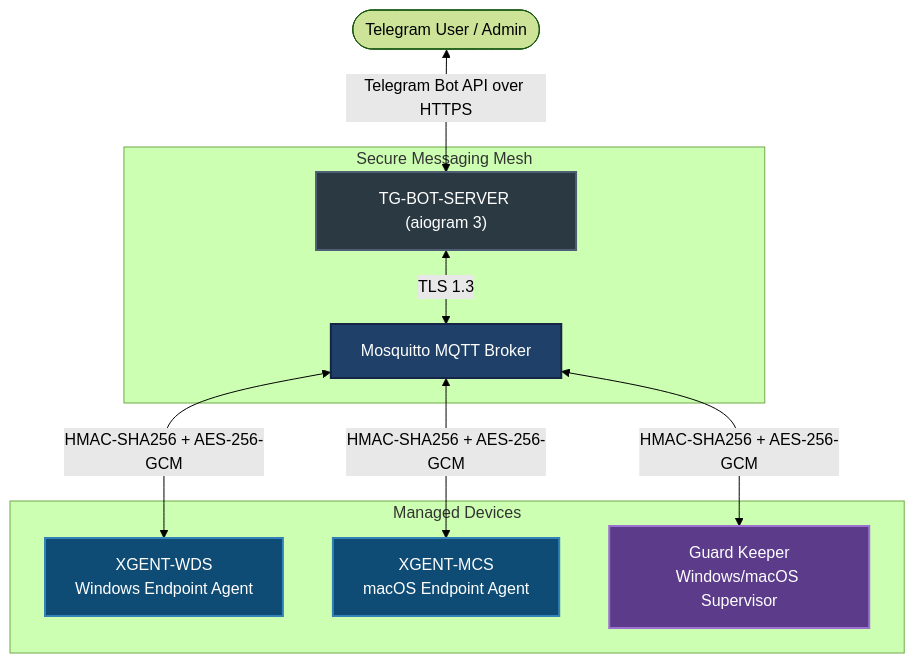
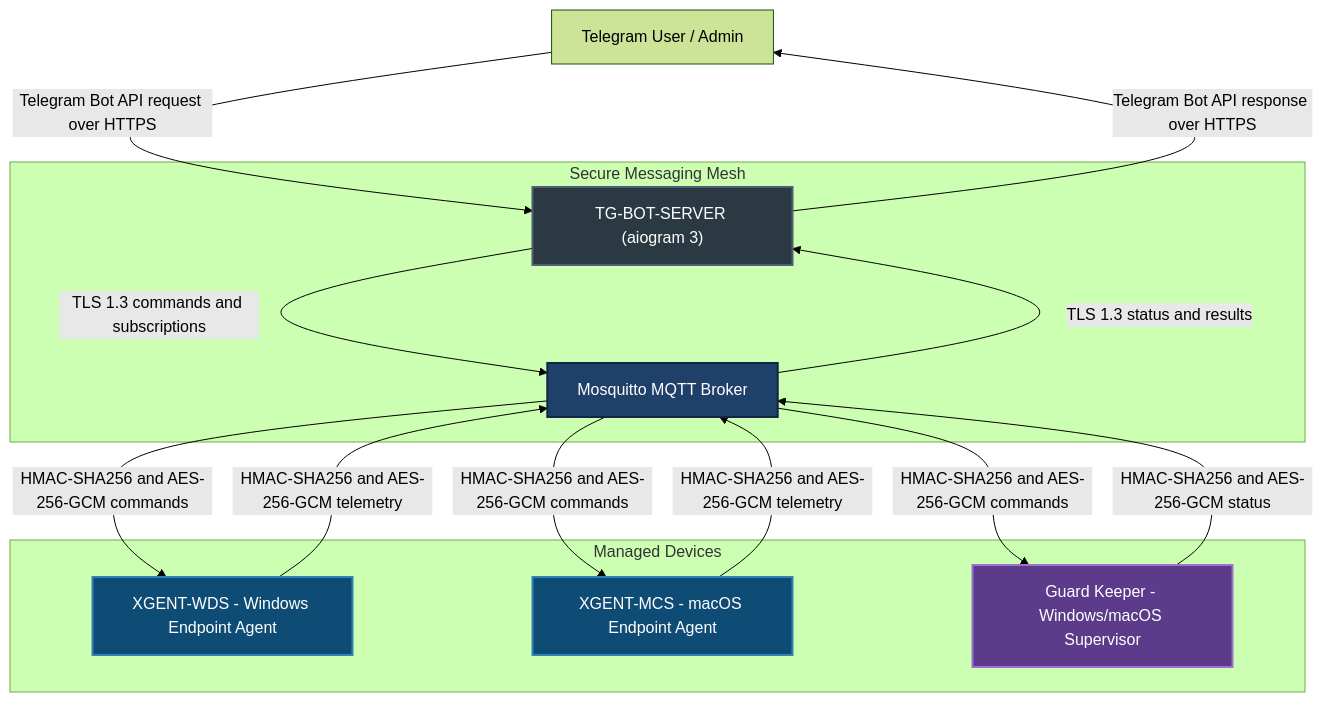
The diagram in README.md (invinby/XIDER), drawn with Mermaid (forest theme) before and after one commit. The commit also changed 9 other files, not shown here.

````diff
--- a/README.md
+++ b/README.md
@@ -79,23 +79,28 @@
 ```mermaid
 graph TD
-    User([Telegram User / Admin]) <-->|Telegram Bot API over HTTPS| BotServer["TG-BOT-SERVER (aiogram 3)"]
+    User["Telegram User / Admin"] -->|Telegram Bot API request over HTTPS| BotServer["TG-BOT-SERVER (aiogram 3)"]
+    BotServer -->|Telegram Bot API response over HTTPS| User
     
     subgraph Secure Messaging Mesh
-        BotServer <-->|TLS 1.3| Broker[Mosquitto MQTT Broker]
+        BotServer -->|TLS 1.3 commands and subscriptions| Broker["Mosquitto MQTT Broker"]
+        Broker -->|TLS 1.3 status and results| BotServer
     end
 
-    subgraph Endpoints [Managed Devices]
-        Broker <-->|HMAC-SHA256 + AES-256-GCM| WDS[XGENT-WDS<br/>Windows Endpoint Agent]
-        Broker <-->|HMAC-SHA256 + AES-256-GCM| MCS[XGENT-MCS<br/>macOS Endpoint Agent]
-        Broker <-->|HMAC-SHA256 + AES-256-GCM| Guardian[Guard Keeper<br/>Windows/macOS Supervisor]
+    subgraph Endpoints[Managed Devices]
+        Broker -->|HMAC-SHA256 and AES-256-GCM commands| WDS["XGENT-WDS - Windows Endpoint Agent"]
+        WDS -->|HMAC-SHA256 and AES-256-GCM telemetry| Broker
+        Broker -->|HMAC-SHA256 and AES-256-GCM commands| MCS["XGENT-MCS - macOS Endpoint Agent"]
+        MCS -->|HMAC-SHA256 and AES-256-GCM telemetry| Broker
+        Broker -->|HMAC-SHA256 and AES-256-GCM commands| Guardian["Guard Keeper - Windows/macOS Supervisor"]
+        Guardian -->|HMAC-SHA256 and AES-256-GCM status| Broker
     end
 
     classDef server fill:#2b3a42,stroke:#4f5d75,stroke-width:2px,color:#fff;
     classDef broker fill:#1f4068,stroke:#162447,stroke-width:2px,color:#fff;
     classDef agent fill:#0f4c75,stroke:#3282b8,stroke-width:2px,color:#fff;
     classDef guardian fill:#5b3b8a,stroke:#9b72cf,stroke-width:2px,color:#fff;
     class BotServer server;
     class Broker broker;
     class WDS,MCS agent;
     class Guardian guardian;
 ```
````
